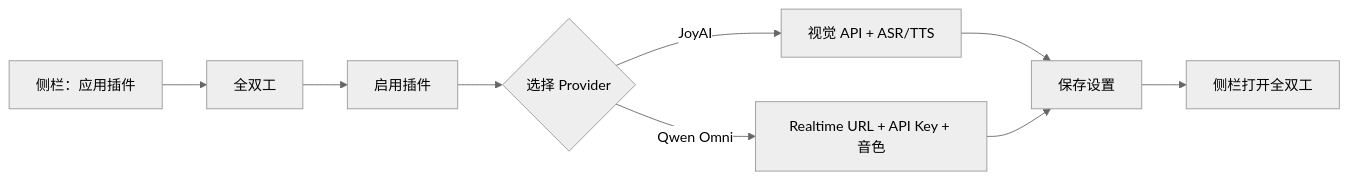
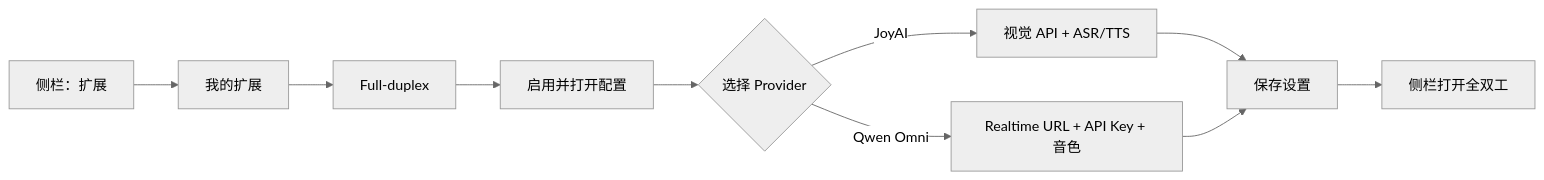
One commit to openJiuwen-ai/jiuwenclaw changed the third of 4 diagrams in docs/zh/全双工.md. Above: the diagram before and after it, drawn with Mermaid (neutral theme). The commit also changed other lines of this file and 1 other file, not shown here.

Commit message:
docs(extensions): update full-duplex plugin placement

````diff
--- a/docs/zh/全双工.md
+++ b/docs/zh/全双工.md
@@ -70,11 +81,12 @@
 ```mermaid
 flowchart LR
-    A["侧栏：应用插件"] --> C["全双工"]
-    C --> D["启用插件"]
+    A["侧栏：扩展"] --> B["我的扩展"]
+    B --> C["Full-duplex"]
+    C --> D["启用并打开配置"]
     D --> E{"选择 Provider"}
     E -->|"JoyAI"| J["视觉 API + ASR/TTS"]
     E -->|"Qwen Omni"| Q["Realtime URL + API Key + 音色"]
     J --> S["保存设置"]
     Q --> S
     S --> O["侧栏打开全双工"]
 ```
````
